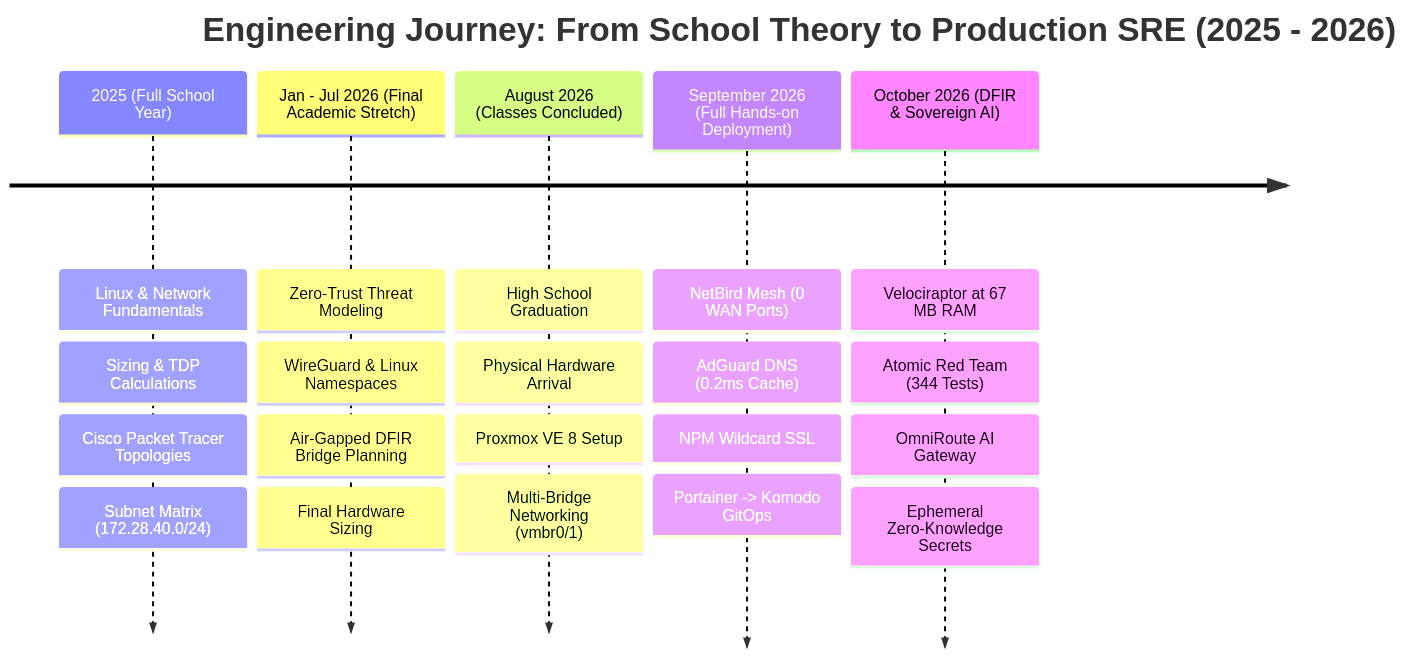
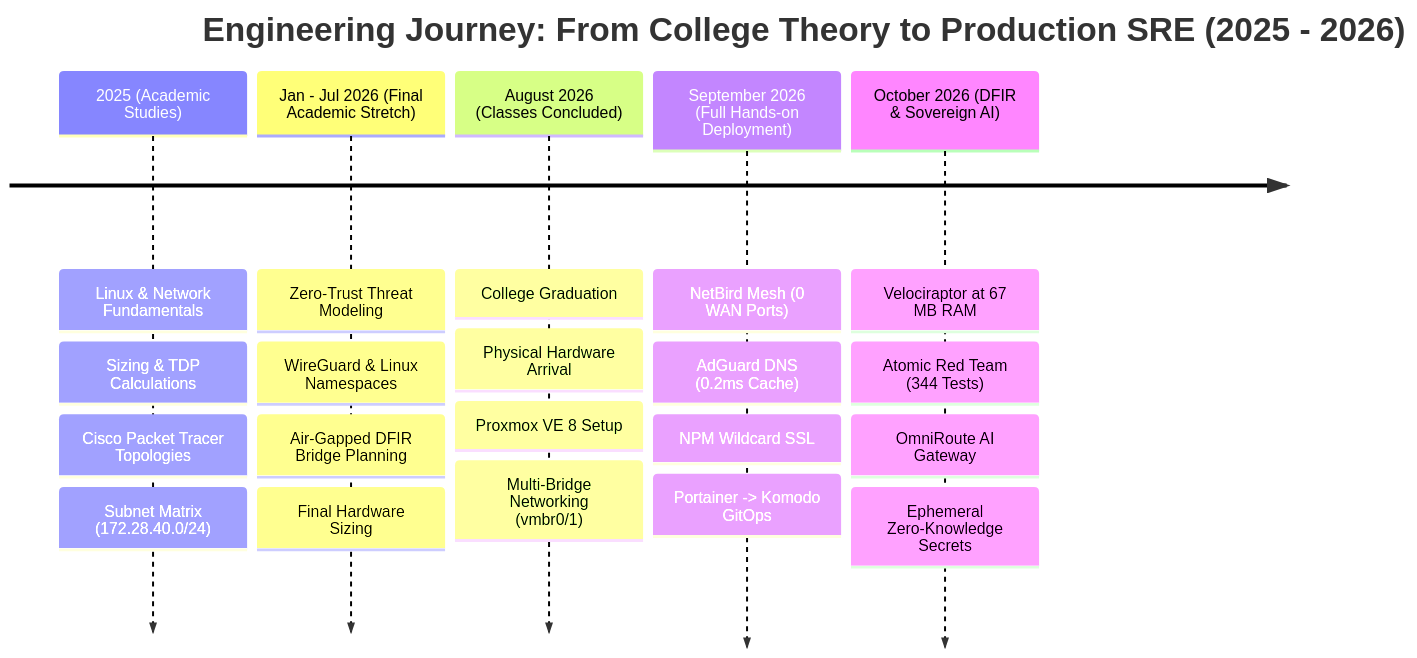
The first of 3 diagrams in docs/README.md (Lessa-github/homelab-zero-trust-infra), drawn with Mermaid before and after one commit. The commit also changed other lines of this file and 1 other file, not shown here.

Commit message:
fix(timeline): standardize terminology to college studies and coursework

````diff
--- a/docs/README.md
+++ b/docs/README.md
@@ -28,9 +28,9 @@
 ```mermaid
 timeline
-    title Engineering Journey: From School Theory to Production SRE (2025 - 2026)
-    2025 (Full School Year) : Linux & Network Fundamentals : Sizing & TDP Calculations : Cisco Packet Tracer Topologies : Subnet Matrix (172.28.40.0/24)
+    title Engineering Journey: From College Theory to Production SRE (2025 - 2026)
+    2025 (Academic Studies) : Linux & Network Fundamentals : Sizing & TDP Calculations : Cisco Packet Tracer Topologies : Subnet Matrix (172.28.40.0/24)
     Jan - Jul 2026 (Final Academic Stretch) : Zero-Trust Threat Modeling : WireGuard & Linux Namespaces : Air-Gapped DFIR Bridge Planning : Final Hardware Sizing
-    August 2026 (Classes Concluded) : High School Graduation : Physical Hardware Arrival : Proxmox VE 8 Setup : Multi-Bridge Networking (vmbr0/1)
+    August 2026 (Classes Concluded) : College Graduation : Physical Hardware Arrival : Proxmox VE 8 Setup : Multi-Bridge Networking (vmbr0/1)
     September 2026 (Full Hands-on Deployment) : NetBird Mesh (0 WAN Ports) : AdGuard DNS (0.2ms Cache) : NPM Wildcard SSL : Portainer -> Komodo GitOps
     October 2026 (DFIR & Sovereign AI) : Velociraptor at 67 MB RAM : Atomic Red Team (344 Tests) : OmniRoute AI Gateway : Ephemeral Zero-Knowledge Secrets
 ```
````
